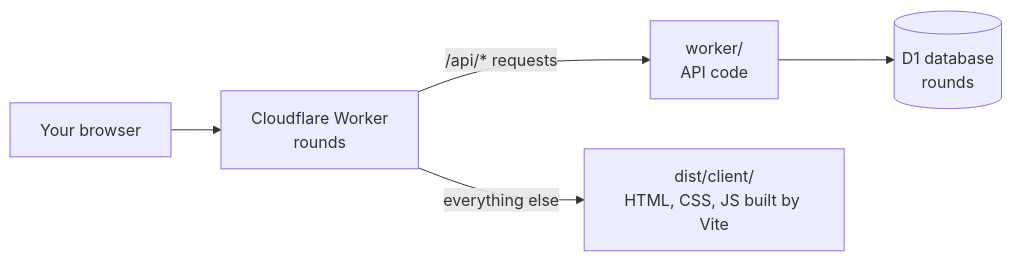
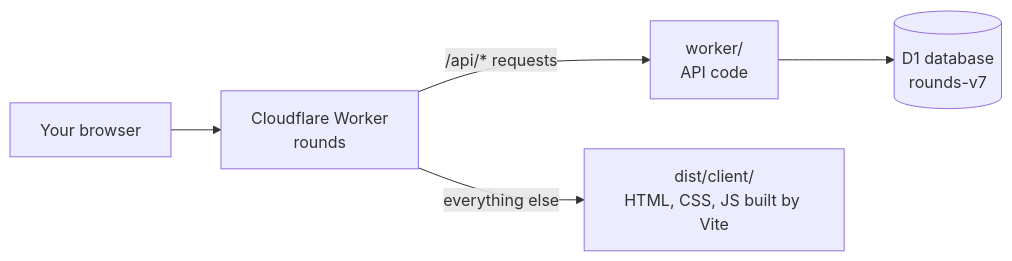
The first of 2 diagrams in docs/DEPLOYING.md (gvogas/medDashboard), drawn with Mermaid before and after one commit. The commit also changed other lines of this file and 7 other files, not shown here.

````diff
--- a/docs/DEPLOYING.md
+++ b/docs/DEPLOYING.md
@@ -14,7 +13,7 @@
 ```mermaid
 flowchart LR
   B[Your browser] --> W[Cloudflare Worker<br/>rounds]
   W -->|/api/* requests| API[worker/<br/>API code]
   W -->|everything else| P[dist/client/<br/>HTML, CSS, JS built by Vite]
-  API --> D[(D1 database<br/>rounds)]
+  API --> D[(D1 database<br/>rounds-v7)]
 ```
````
